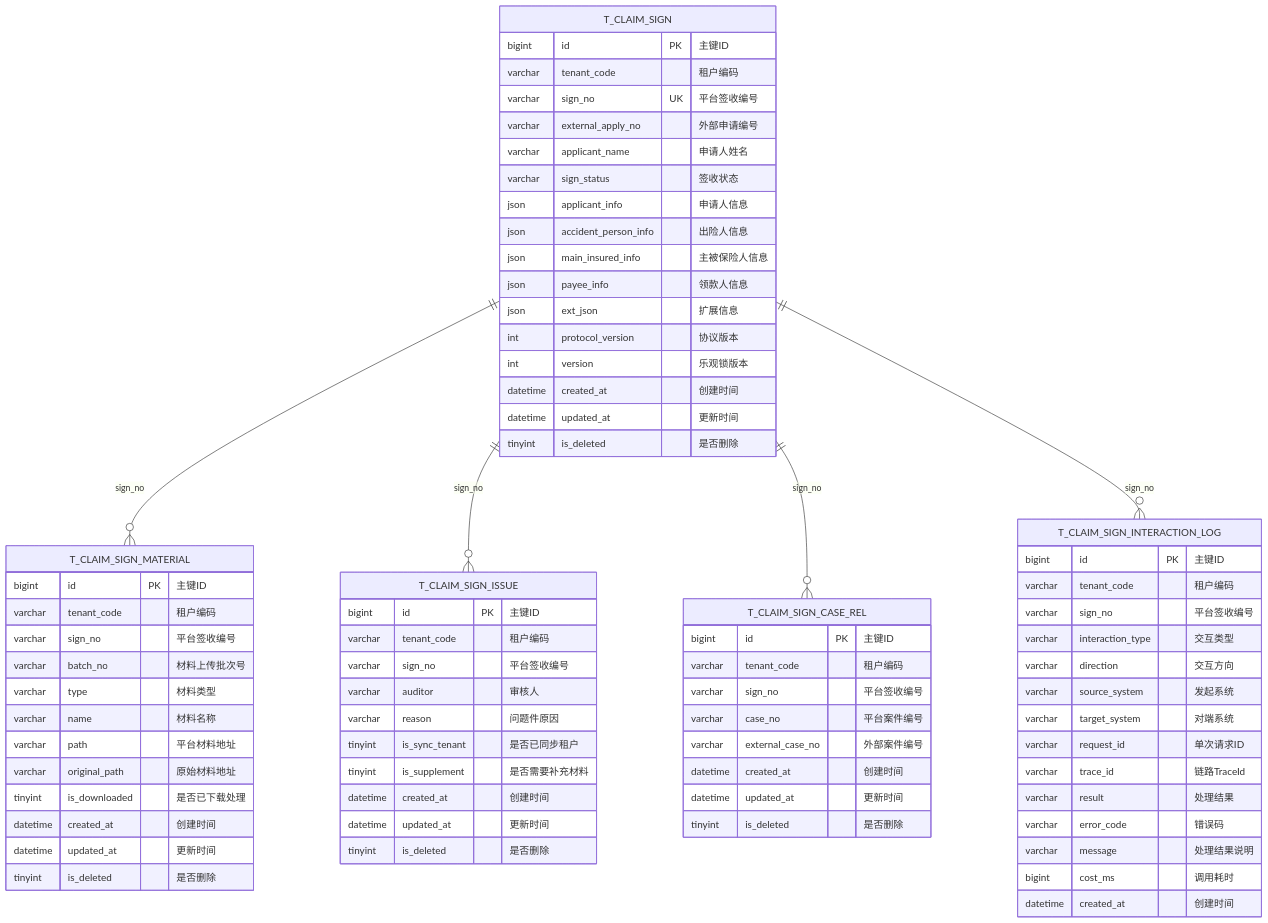
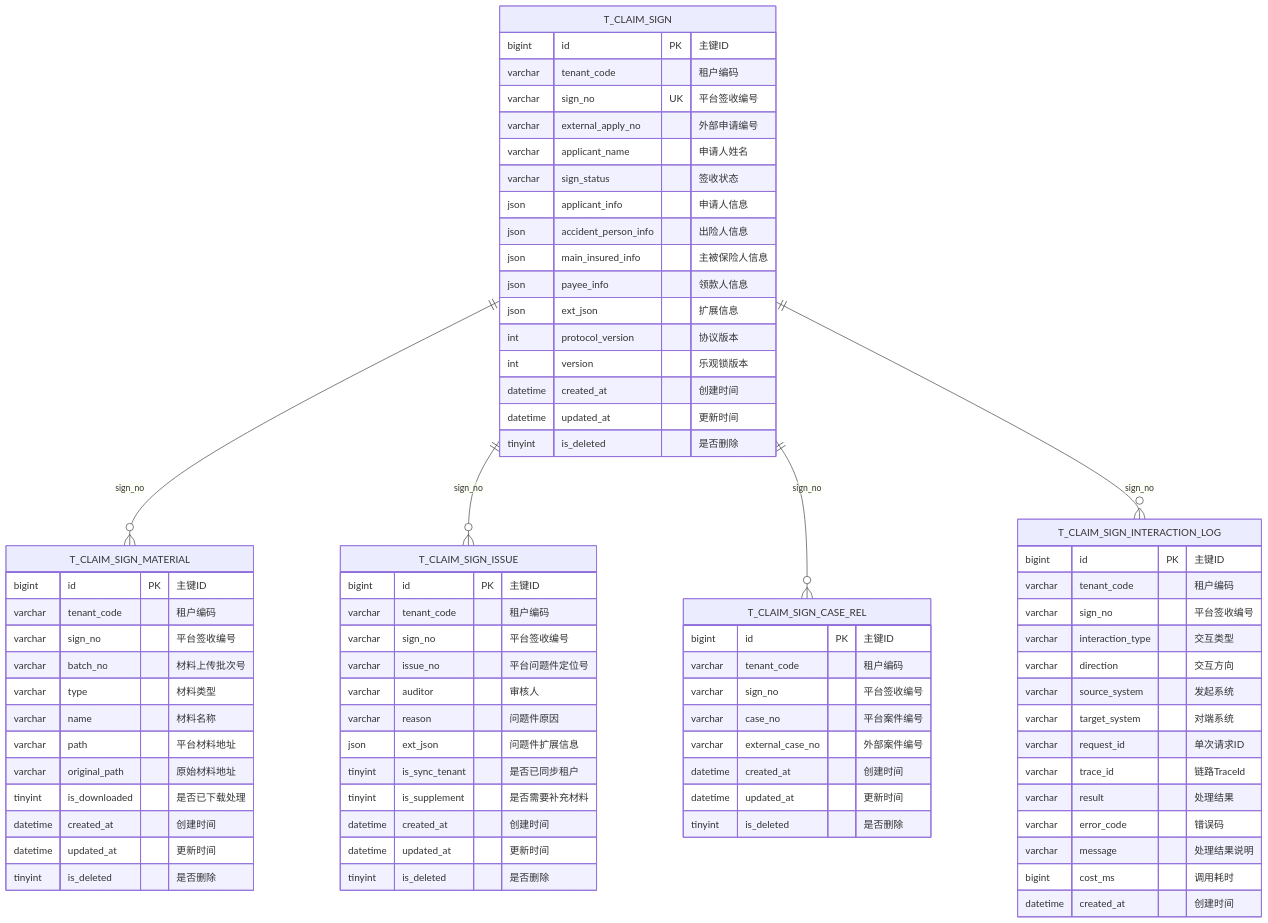
One commit to wangguangwu/claim-platform changed the third of 10 diagrams in docs/architecture/claim-sign-service.md. Above: the diagram before and after it, drawn with Mermaid. The commit also changed other lines of this file and 21 other files, not shown here.

```diff
--- a/docs/architecture/claim-sign-service.md
+++ b/docs/architecture/claim-sign-service.md
@@ -180,8 +182,10 @@
         bigint id PK "主键ID"
         varchar tenant_code "租户编码"
         varchar sign_no "平台签收编号"
+        varchar issue_no "平台问题件定位号"
         varchar auditor "审核人"
         varchar reason "问题件原因"
+        json ext_json "问题件扩展信息"
         tinyint is_sync_tenant "是否已同步租户"
         tinyint is_supplement "是否需要补充材料"
         datetime created_at "创建时间"
```
